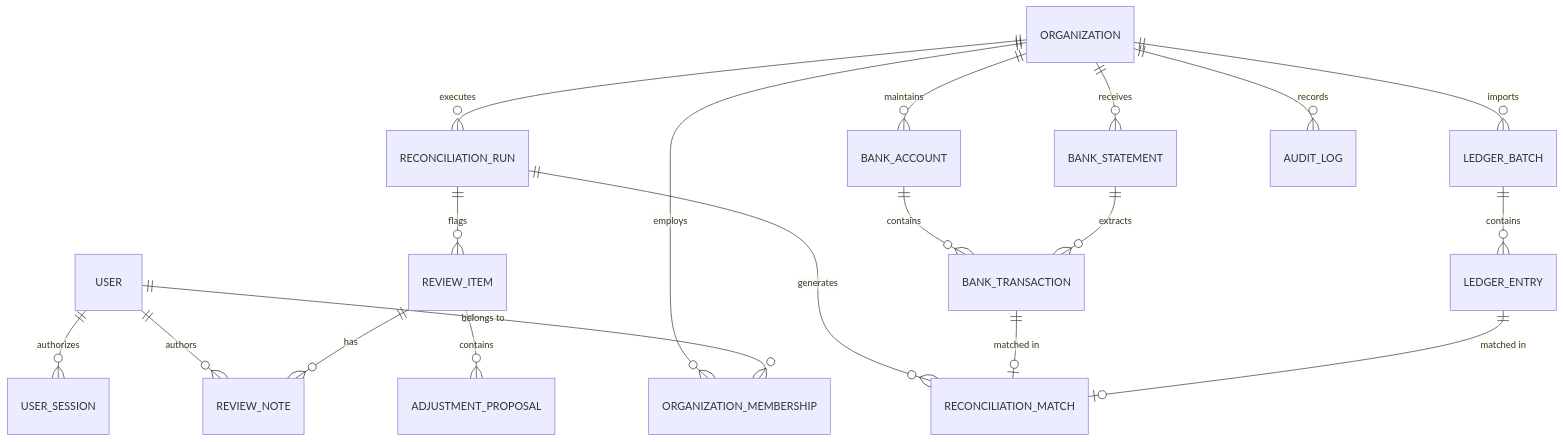
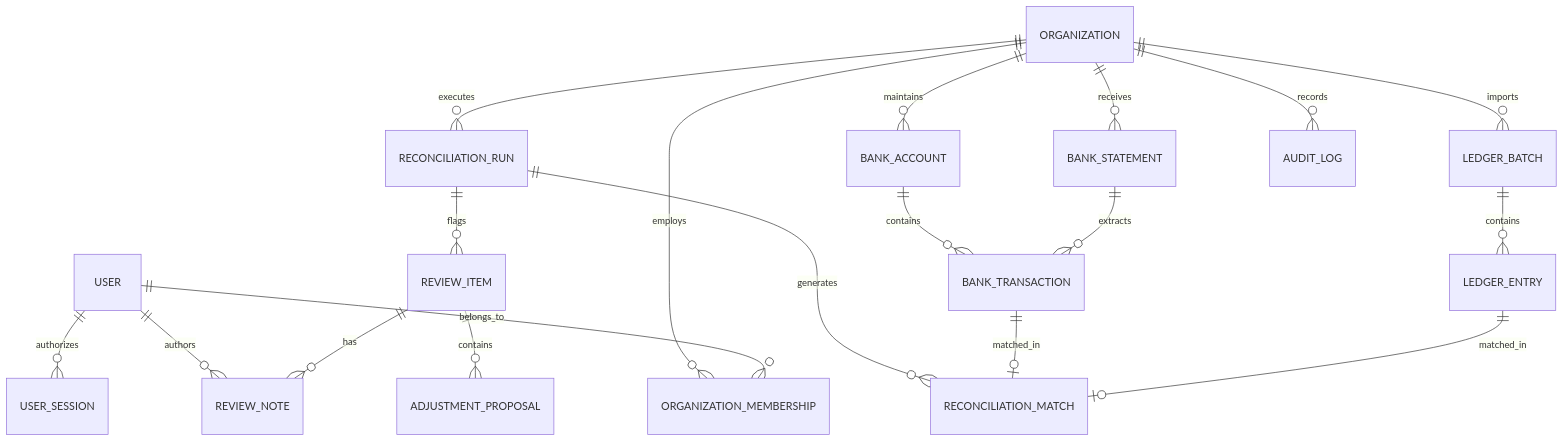
One commit to Surendra571/FinBridge changed the sixth of 6 diagrams in README.md. Above: the diagram before and after it, drawn with Mermaid. The commit also changed other lines of this file, not shown here.

Commit message:
docs: resolve GitHub Mermaid SVG rendering errors across all architecture diagrams

````diff
--- a/README.md
+++ b/README.md
@@ -569,27 +564,27 @@
 ```mermaid
 erDiagram
-    ORGANIZATION ||--o{ ORGANIZATION_MEMBERSHIP : "employs"
-    ORGANIZATION ||--o{ BANK_ACCOUNT : "maintains"
-    ORGANIZATION ||--o{ BANK_STATEMENT : "receives"
-    ORGANIZATION ||--o{ LEDGER_BATCH : "imports"
-    ORGANIZATION ||--o{ RECONCILIATION_RUN : "executes"
-    ORGANIZATION ||--o{ AUDIT_LOG : "records"
+    ORGANIZATION ||--o{ ORGANIZATION_MEMBERSHIP : employs
+    ORGANIZATION ||--o{ BANK_ACCOUNT : maintains
+    ORGANIZATION ||--o{ BANK_STATEMENT : receives
+    ORGANIZATION ||--o{ LEDGER_BATCH : imports
+    ORGANIZATION ||--o{ RECONCILIATION_RUN : executes
+    ORGANIZATION ||--o{ AUDIT_LOG : records
 
-    USER ||--o{ ORGANIZATION_MEMBERSHIP : "belongs to"
-    USER ||--o{ USER_SESSION : "authorizes"
-    USER ||--o{ REVIEW_NOTE : "authors"
+    USER ||--o{ ORGANIZATION_MEMBERSHIP : belongs_to
+    USER ||--o{ USER_SESSION : authorizes
+    USER ||--o{ REVIEW_NOTE : authors
 
-    BANK_ACCOUNT ||--o{ BANK_TRANSACTION : "contains"
-    BANK_STATEMENT ||--o{ BANK_TRANSACTION : "extracts"
+    BANK_ACCOUNT ||--o{ BANK_TRANSACTION : contains
+    BANK_STATEMENT ||--o{ BANK_TRANSACTION : extracts
 
-    LEDGER_BATCH ||--o{ LEDGER_ENTRY : "contains"
+    LEDGER_BATCH ||--o{ LEDGER_ENTRY : contains
 
-    RECONCILIATION_RUN ||--o{ RECONCILIATION_MATCH : "generates"
-    RECONCILIATION_RUN ||--o{ REVIEW_ITEM : "flags"
+    RECONCILIATION_RUN ||--o{ RECONCILIATION_MATCH : generates
+    RECONCILIATION_RUN ||--o{ REVIEW_ITEM : flags
 
-    BANK_TRANSACTION ||--o| RECONCILIATION_MATCH : "matched in"
-    LEDGER_ENTRY ||--o| RECONCILIATION_MATCH : "matched in"
+    BANK_TRANSACTION ||--o| RECONCILIATION_MATCH : matched_in
+    LEDGER_ENTRY ||--o| RECONCILIATION_MATCH : matched_in
 
-    REVIEW_ITEM ||--o{ ADJUSTMENT_PROPOSAL : "contains"
-    REVIEW_ITEM ||--o{ REVIEW_NOTE : "has"
+    REVIEW_ITEM ||--o{ ADJUSTMENT_PROPOSAL : contains
+    REVIEW_ITEM ||--o{ REVIEW_NOTE : has
 ```
````
